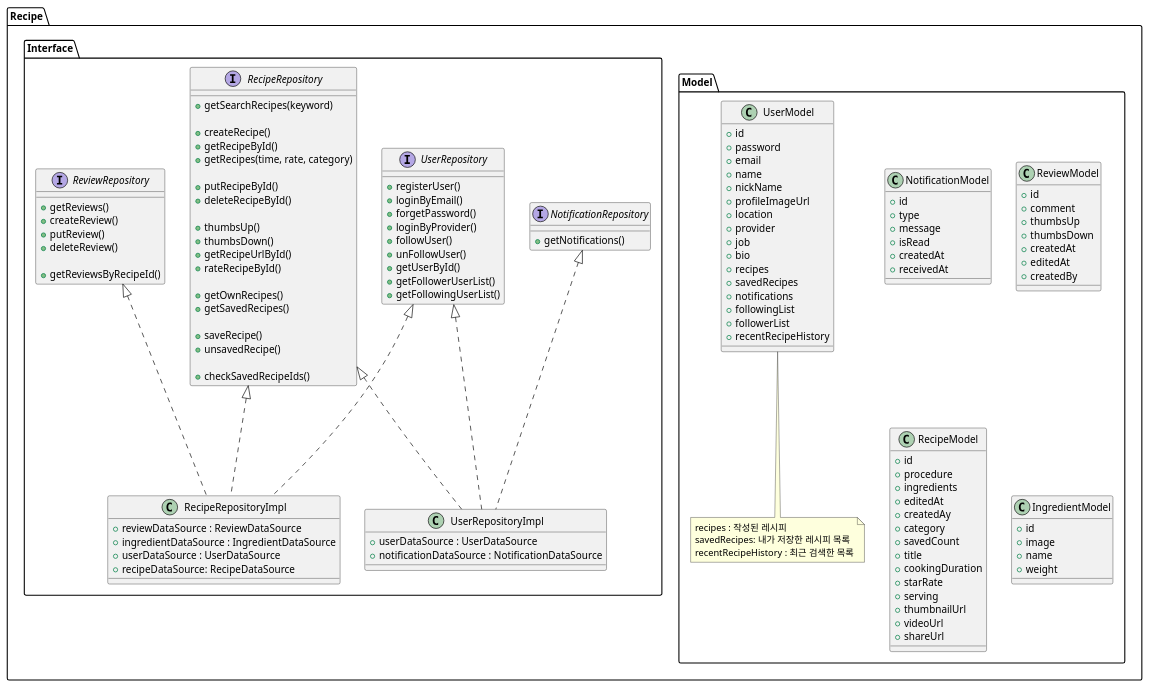
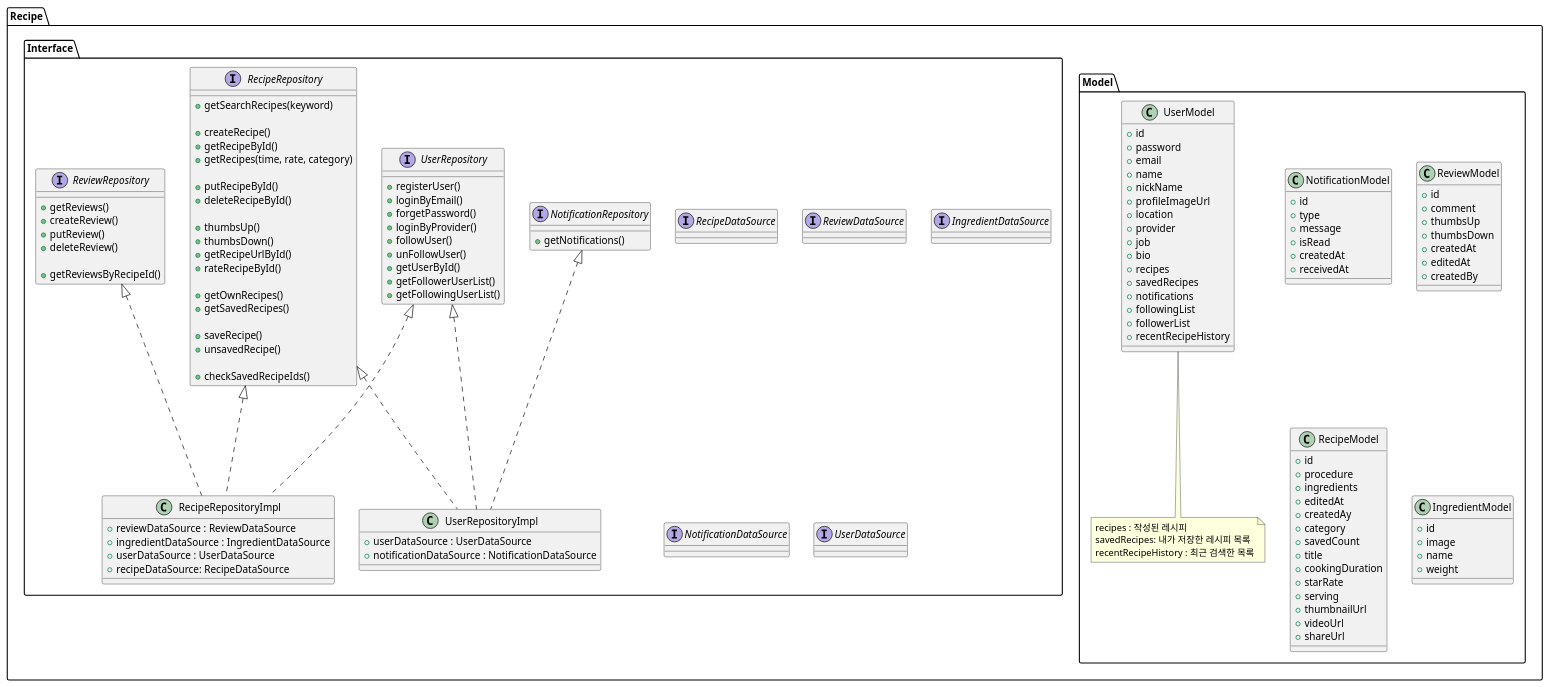
One commit to SurvivalCodingCampus/winter_kotlin_lecture changed the diagram in src/main/kotlin/day19/Food_Recipe.puml. Above: the diagram before and after it, drawn with PlantUML.

Commit message:
day19 : 디자인 패턴 과제(Food Recipe) 수정

```diff
--- a/src/main/kotlin/day19/Food_Recipe.puml
+++ b/src/main/kotlin/day19/Food_Recipe.puml
@@ -1,155 +1,173 @@
 @startuml
 
 package "Recipe"{
 top to bottom direction
     package "Model" {
         class UserModel {
             +id
             +password
             +email
             +name
             +nickName
             +profileImageUrl
             +location
             +provider
             +job
             +bio
             +recipes
             +savedRecipes
             +notifications
             +followingList
             +followerList
             +recentRecipeHistory
         }
             note bottom of UserModel
             recipes : 작성된 레시피
             savedRecipes: 내가 저장한 레시피 목록
             recentRecipeHistory : 최근 검색한 목록
             end note
 
         class NotificationModel {
             +id
             +type
             +message
             +isRead
             +createdAt
             +receivedAt
         }
         class ReviewModel {
             +id
             +comment
             +thumbsUp
             +thumbsDown
             +createdAt
             +editedAt
             +createdBy
         }
 
         class RecipeModel {
             +id
             +procedure
             +ingredients
             +editedAt
             +createdAy
             +category
             +savedCount
             +title
             +cookingDuration
             +starRate
             +serving
             +thumbnailUrl
             +videoUrl
             +shareUrl
         }
 
         class IngredientModel {
             +id
             +image
             +name
             +weight
         }
     }
 
 
 
 
     package "Interface"{
         class UserRepositoryImpl implements UserRepository, NotificationRepository, RecipeRepository {
             +userDataSource : UserDataSource
             +notificationDataSource : NotificationDataSource
         }
 
 
         interface UserRepository {
             +registerUser()
             +loginByEmail()
             +forgetPassword()
             +loginByProvider()
             +followUser()
             +unFollowUser()
             +getUserById()
             +getFollowerUserList()
             +getFollowingUserList()
         }
 
         interface NotificationRepository {
             +getNotifications()
         }
 
 
         interface ReviewRepository {
             +getReviews()
             +createReview()
             +putReview()
             +deleteReview()
 
             +getReviewsByRecipeId()
 
         }
 
 
 
         class RecipeRepositoryImpl implements RecipeRepository, ReviewRepository, UserRepository {
             +reviewDataSource : ReviewDataSource
             +ingredientDataSource : IngredientDataSource
             +userDataSource : UserDataSource
             +recipeDataSource: RecipeDataSource
         }
 
 
 
 
 
 
 
 
         interface RecipeRepository {
 
             +getSearchRecipes(keyword)
 
             +createRecipe()
             +getRecipeById()
             +getRecipes(time, rate, category)
 
             +putRecipeById()
             +deleteRecipeById()
 
             +thumbsUp()
             +thumbsDown()
 
 
             +getRecipeUrlById()
             +rateRecipeById()
 
             +getOwnRecipes()
             +getSavedRecipes()
 
             +saveRecipe()
             +unsavedRecipe()
 
             +checkSavedRecipeIds()
         }
+
+        interface RecipeDataSource{
+        }
+
+        interface ReviewDataSource{
+        }
+
+        interface IngredientDataSource {
+        }
+
+        interface NotificationDataSource{
+        }
+
+        interface UserDataSource {
+        }
+
+        interface UserDataSource {
+        }
     }
 }
 
 @enduml
```
